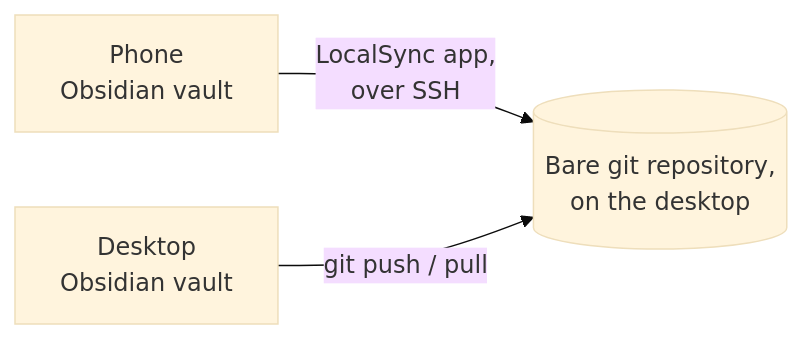
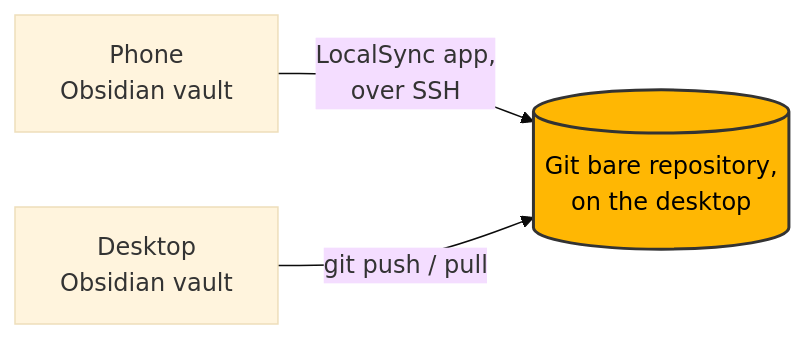
Before and after one commit to eiger3970/localsync: the diagram in docs/desktop-setup.md, drawn with Mermaid (base theme). The commit also changed other lines of this file, not shown here.

Commit message:
Consistent Git-first terminology throughout, paragraph breaks per feedback, distinct diagram color for the bare repo node

````diff
--- a/docs/desktop-setup.md
+++ b/docs/desktop-setup.md
@@ -12,5 +14,6 @@
 ```mermaid
 graph LR
-    A["Phone<br/>Obsidian vault"] -- "LocalSync app,<br/>over SSH" --> B[("Bare git repository,<br/>on the desktop")]
+    A["Phone<br/>Obsidian vault"] -- "LocalSync app,<br/>over SSH" --> B[("Git bare repository,<br/>on the desktop")]
     C["Desktop<br/>Obsidian vault"] -- "git push / pull" --> B
+    style B fill:#ffb703,stroke:#333,stroke-width:2px,color:#000
 ```
````
